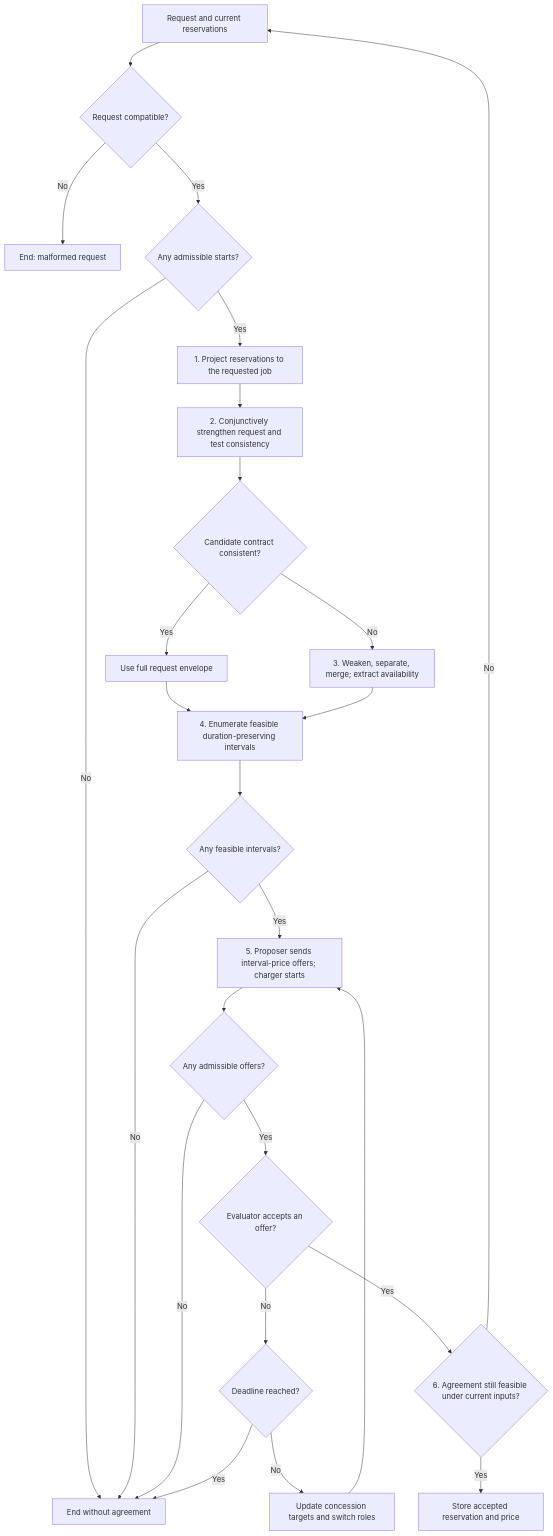
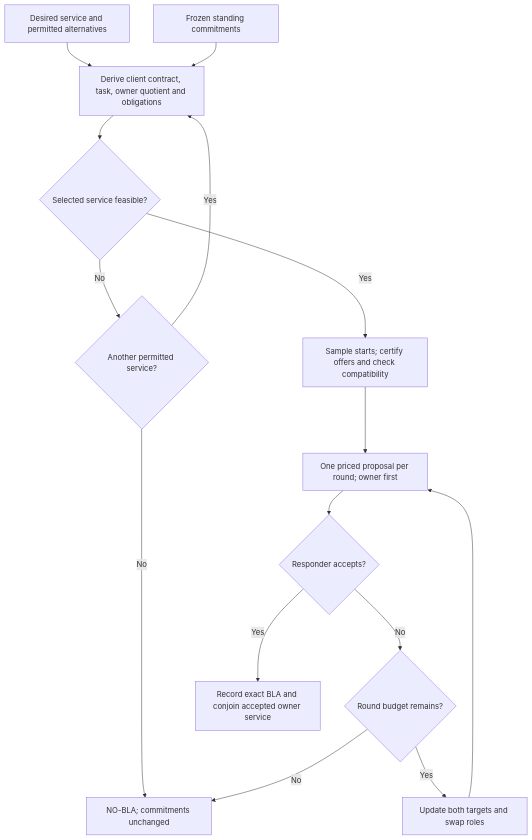
The diagram in docs/PROTOCOL.md (kaarmu/ecc27-bla), drawn with Mermaid before and after one commit. The commit also changed other lines of this file and 22 other files, not shown here.

````diff
--- a/docs/PROTOCOL.md
+++ b/docs/PROTOCOL.md
@@ -26,27 +68,17 @@
 ```mermaid
 flowchart TD
-    Input["Request and current reservations"] --> Intake{"Request compatible?"}
-    Intake -- No --> Malformed["End: malformed request"]
-    Intake -- Yes --> Starts{"Any admissible starts?"}
-    Starts -- No --> Stop["End without agreement"]
-    Starts -- Yes --> Project["1. Project reservations to the requested job"]
-    Project --> Strengthen["2. Conjunctively strengthen request and test consistency"]
-    Strengthen --> Consistent{"Candidate contract consistent?"}
-    Consistent -- Yes --> Full["Use full request envelope"]
-    Consistent -- No --> Repair["3. Weaken, separate, merge; extract availability"]
-    Full --> Concrete["4. Enumerate feasible duration-preserving intervals"]
-    Repair --> Concrete
-    Concrete --> Feasible{"Any feasible intervals?"}
-    Feasible -- No --> Stop
-    Feasible -- Yes --> Bargain["5. Proposer sends interval-price offers; charger starts"]
-    Bargain --> Offers{"Any admissible offers?"}
-    Offers -- No --> Stop
-    Offers -- Yes --> Accept{"Evaluator accepts an offer?"}
-    Accept -- No --> Deadline{"Deadline reached?"}
-    Deadline -- Yes --> Stop
-    Deadline -- No --> Switch["Update concession targets and switch roles"]
-    Switch --> Bargain
-    Accept -- Yes --> Valid{"6. Agreement still feasible under current inputs?"}
-    Valid -- No --> Input
-    Valid -- Yes --> Commit["Store accepted reservation and price"]
+    Request["Desired service and permitted alternatives"] --> Admit["Derive client contract, task, owner quotient and obligations"]
+    Standing["Frozen standing commitments"] --> Admit
+    Admit --> Feasible{"Selected service feasible?"}
+    Feasible -- No --> Next{"Another permitted service?"}
+    Next -- Yes --> Admit
+    Next -- No --> Stop["NO-BLA; commitments unchanged"]
+    Feasible -- Yes --> Generate["Sample starts; certify offers and check compatibility"]
+    Generate --> Bargain["One priced proposal per round; owner first"]
+    Bargain --> Accept{"Responder accepts?"}
+    Accept -- No --> Budget{"Round budget remains?"}
+    Budget -- Yes --> Concede["Update both targets and swap roles"]
+    Concede --> Bargain
+    Budget -- No --> Stop
+    Accept -- Yes --> Commit["Record exact BLA and conjoin accepted owner service"]
 ```
````
